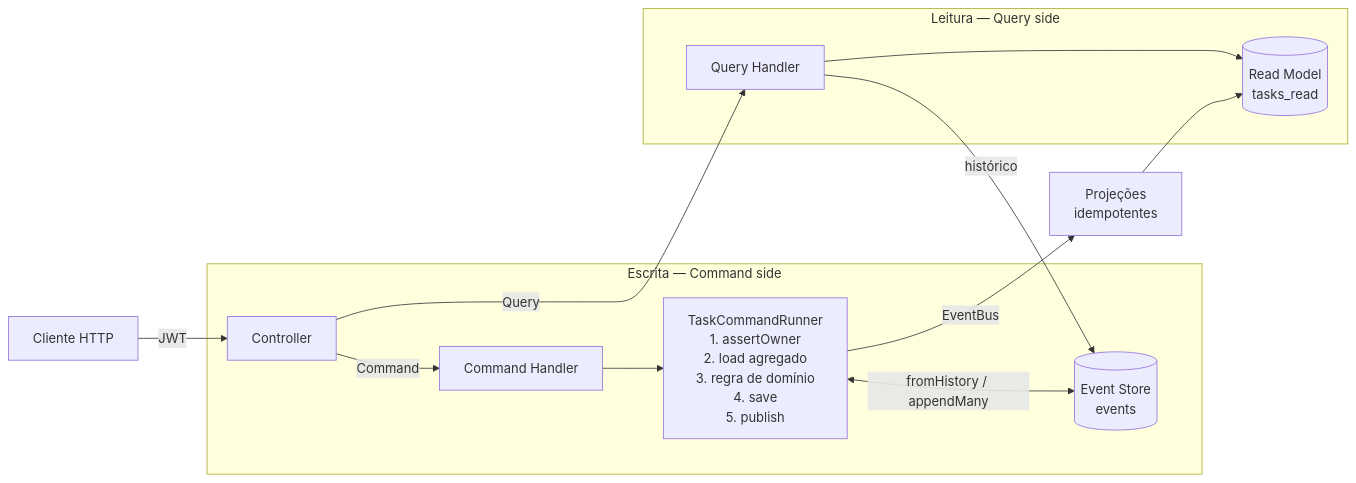
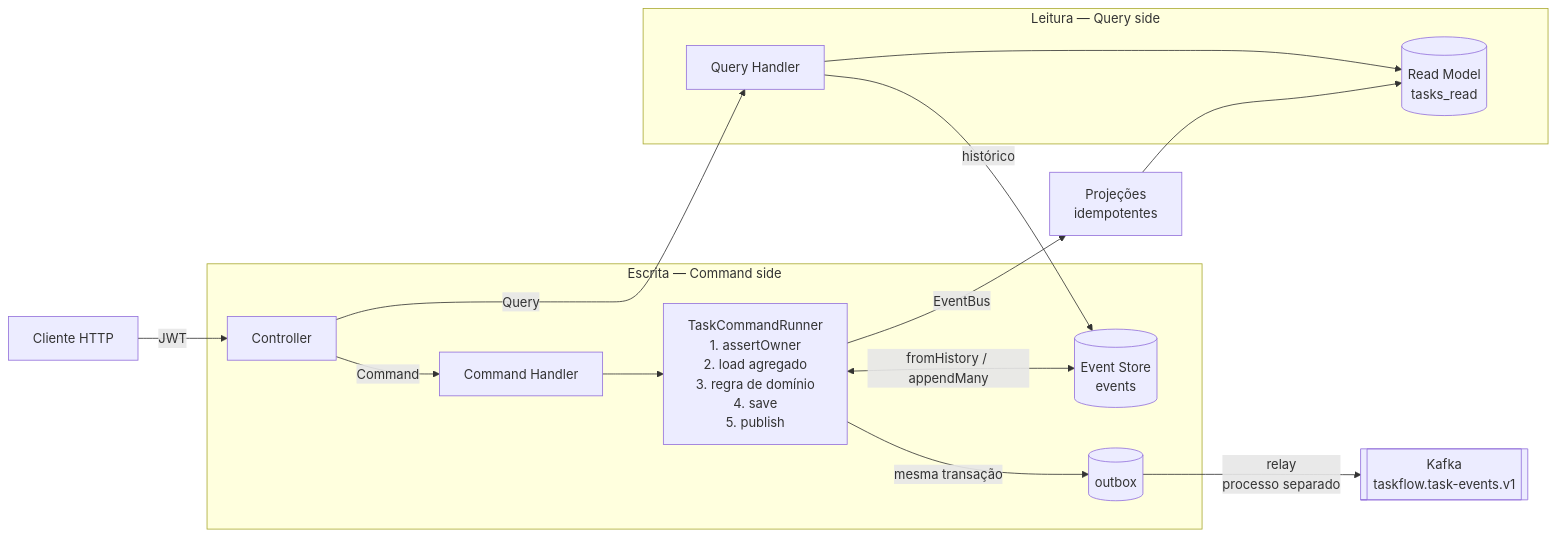
The diagram in README.md (cassiocidrini/TaskFlow), drawn with Mermaid before and after one commit. The commit also changed other lines of this file and 31 other files, not shown here.

First line of the commit message:
feat(kafka): relay da outbox em processo separado, com lock, failover e suíte de streaming (#21)

````diff
--- a/README.md
+++ b/README.md
@@ -35,19 +36,22 @@
 ```mermaid
 flowchart LR
     C[Cliente HTTP] -->|JWT| CT[Controller]
 
     subgraph Escrita [Escrita — Command side]
         CT -->|Command| CH[Command Handler]
         CH --> R[TaskCommandRunner<br/>1. assertOwner<br/>2. load agregado<br/>3. regra de domínio<br/>4. save<br/>5. publish]
         R <-->|fromHistory / appendMany| ES[(Event Store<br/>events)]
+        R -->|mesma transação| OB[(outbox)]
     end
+
+    OB -->|relay<br/>processo separado| K[[Kafka<br/>taskflow.task-events.v1]]
 
     subgraph Leitura [Leitura — Query side]
         CT -->|Query| QH[Query Handler]
         QH --> RM[(Read Model<br/>tasks_read)]
         QH -->|histórico| ES
     end
 
     R -->|EventBus| P[Projeções<br/>idempotentes]
     P --> RM
 ```
````
